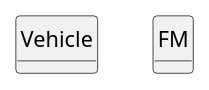
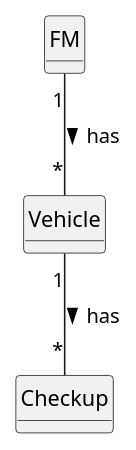
One commit to Departamento-de-Engenharia-Informatica/lei-24-s2-1dm-g132 changed the diagram in docs/sprintA/us008/02.analysis/puml/us008-domain-model.puml. Above: the diagram before and after it, drawn with PlantUML.

Commit message:
update us08 domain model

```diff
--- a/docs/sprintA/us008/02.analysis/puml/us008-domain-model.puml
+++ b/docs/sprintA/us008/02.analysis/puml/us008-domain-model.puml
@@ -1,30 +1,35 @@
 @startuml
 skinparam monochrome true
 skinparam packageStyle rectangle
 skinparam shadowing false
 
 'left to right direction
 
 skinparam classAttributeIconSize 0
 
 hide circle
 hide methods
 
 'title Domain Model
 
 'class Platform {
 '  -description
 '}
 
 class Vehicle {
 
 }
 
 class FM {
 
 }
 
-'Platform "1" -- "*" Organization : has registered >
-'Platform "1" -- "*" Category : defines >
+class Checkup {
+
+}
+
+FM "1" -- "*" Vehicle : has >
+Vehicle "1" -- "*" Checkup : has >
+
 
 @enduml
```
